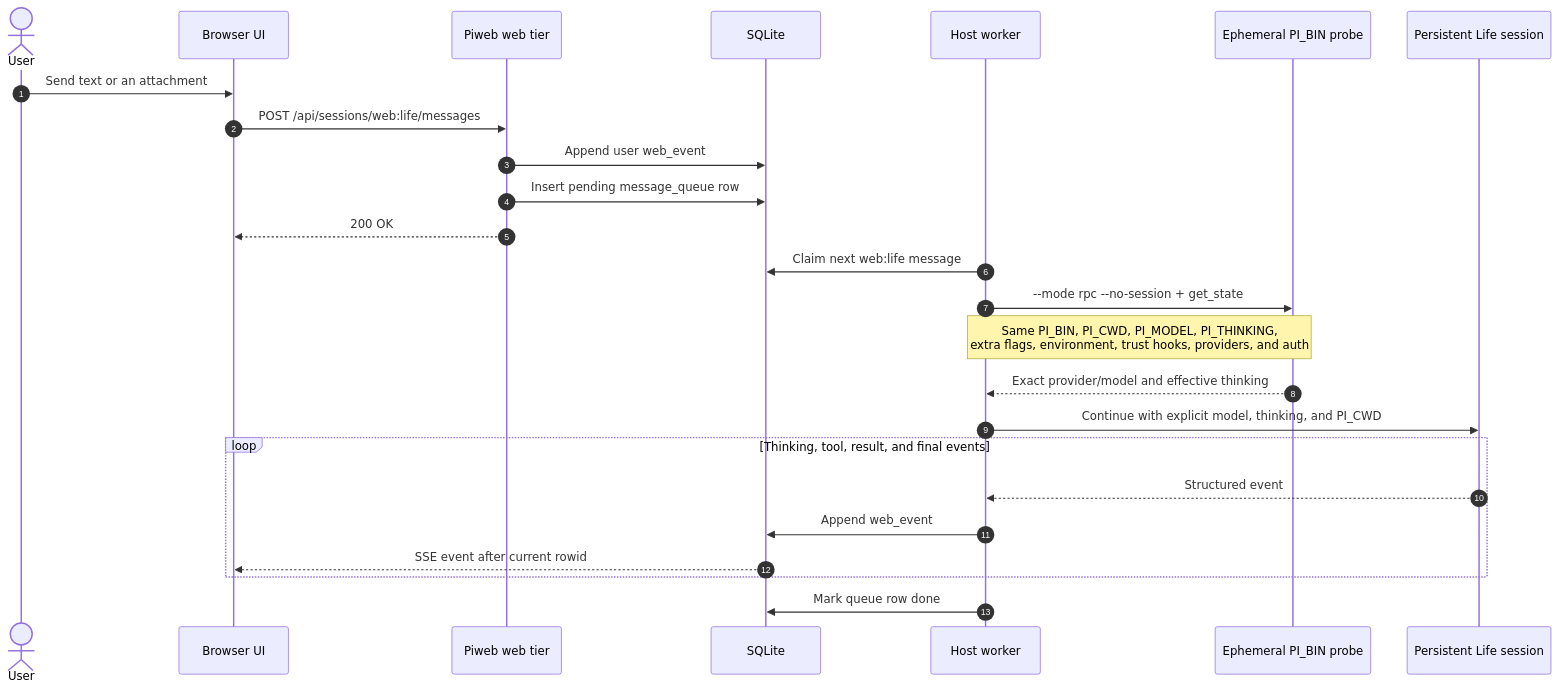
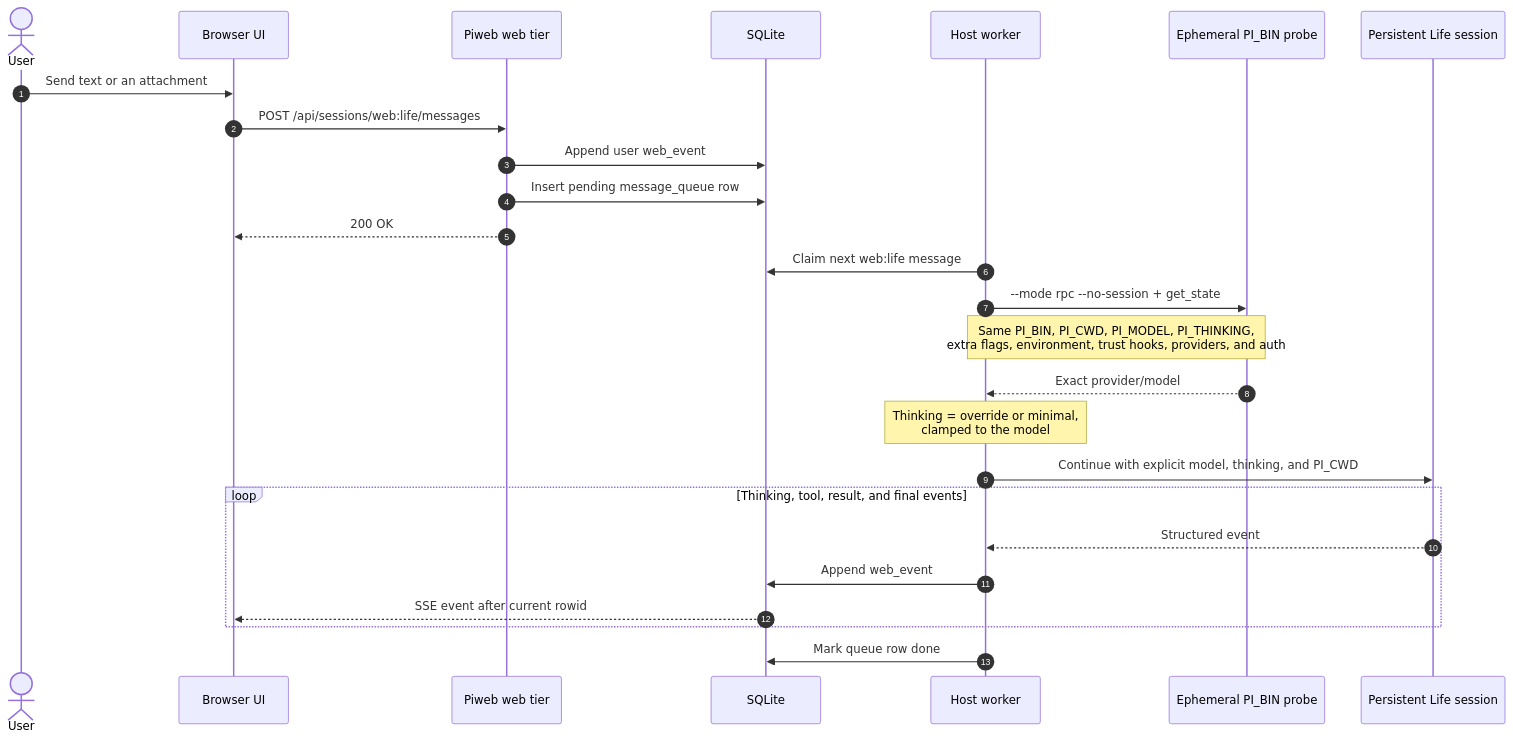
The third of 5 diagrams in docs/life-mode.md (AyaSakura-comp/piweb), drawn with Mermaid before and after one commit. The commit also changed other lines of this file and 3 other files, not shown here.

First line of the commit message:
Default Life mode thinking level to minimal

````diff
--- a/docs/life-mode.md
+++ b/docs/life-mode.md
@@ -182,28 +186,29 @@
 ```mermaid
 sequenceDiagram
     autonumber
     actor User
     participant UI as Browser UI
     participant Web as Piweb web tier
     participant DB as SQLite
     participant Worker as Host worker
     participant Probe as Ephemeral PI_BIN probe
     participant Pi as Persistent Life session
 
     User->>UI: Send text or an attachment
     UI->>Web: POST /api/sessions/web:life/messages
     Web->>DB: Append user web_event
     Web->>DB: Insert pending message_queue row
     Web-->>UI: 200 OK
     Worker->>DB: Claim next web:life message
     Worker->>Probe: --mode rpc --no-session + get_state
     Note over Worker,Probe: Same PI_BIN, PI_CWD, PI_MODEL, PI_THINKING,<br/>extra flags, environment, trust hooks, providers, and auth
-    Probe-->>Worker: Exact provider/model and effective thinking
+    Probe-->>Worker: Exact provider/model
+    Note over Worker: Thinking = override or minimal,<br/>clamped to the model
     Worker->>Pi: Continue with explicit model, thinking, and PI_CWD
     loop Thinking, tool, result, and final events
         Pi-->>Worker: Structured event
         Worker->>DB: Append web_event
         DB-->>UI: SSE event after current rowid
     end
     Worker->>DB: Mark queue row done
 ```
````
